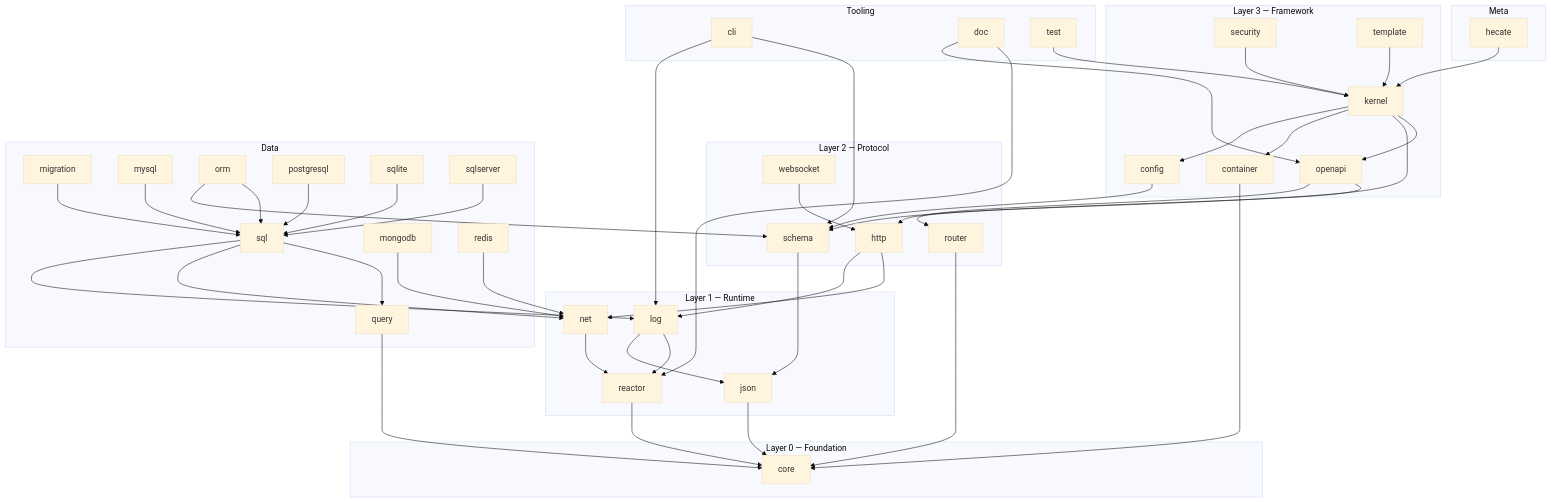
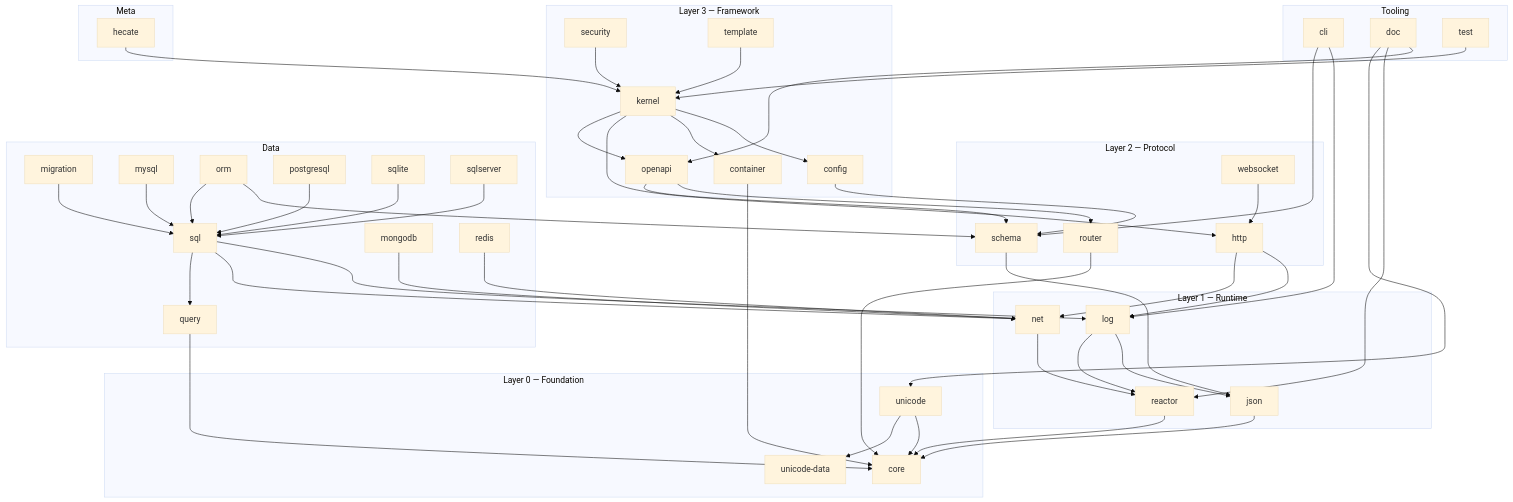
The first of 2 diagrams in docs/architecture/overview.md (hecate-framework/hecate), drawn with Mermaid (base theme) before and after one commit. The commit also changed other lines of this file and 72 other files, not shown here.

First line of the commit message:
feat(unicode): add hecate-unicode and hecate-unicode-data (ADR 0032)

````diff
--- a/docs/architecture/overview.md
+++ b/docs/architecture/overview.md
@@ -10,57 +10,61 @@
 ```mermaid
 flowchart TB
   subgraph L0[Layer 0 — Foundation]
     core
+    unicode --> core
+    unicode --> unicode-data
+    unicode-data
   end
   subgraph L1[Layer 1 — Runtime]
     json --> core
     log --> json
     log --> reactor
     net --> reactor
     reactor --> core
   end
   subgraph L2[Layer 2 — Protocol]
     http --> log
     http --> net
     router --> core
     schema --> json
     websocket --> http
   end
   subgraph L3[Layer 3 — Framework]
     config --> schema
     container --> core
     kernel --> config
     kernel --> container
     kernel --> http
     kernel --> openapi
     openapi --> router
     openapi --> schema
     security --> kernel
     template --> kernel
   end
   subgraph D[Data]
     migration --> sql
     mongodb --> net
     mysql --> sql
     orm --> schema
     orm --> sql
     postgresql --> sql
     query --> core
     redis --> net
     sql --> log
     sql --> net
     sql --> query
     sqlite --> sql
     sqlserver --> sql
   end
   subgraph T[Tooling]
     cli --> log
     cli --> schema
     doc --> openapi
     doc --> reactor
+    doc --> unicode
     test --> kernel
   end
   subgraph M[Meta]
     hecate --> kernel
   end
 ```
````
